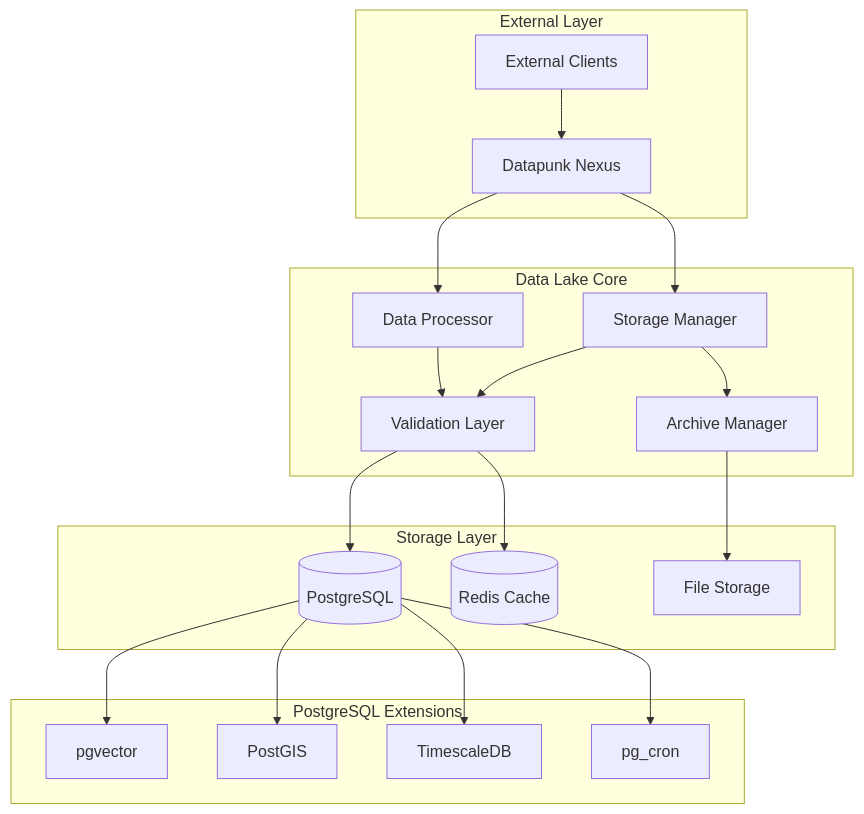
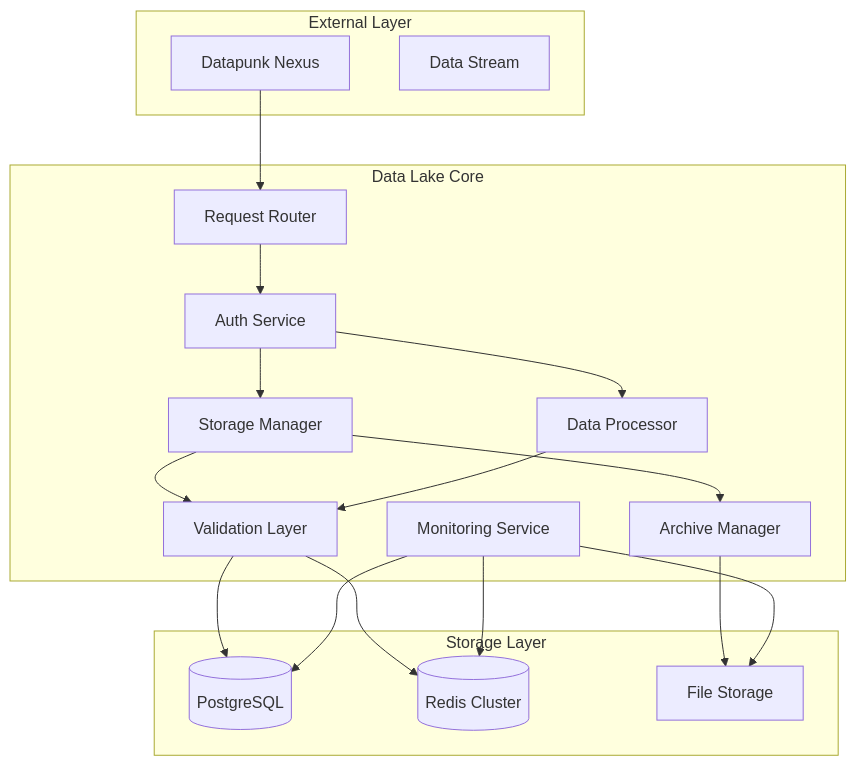
Before and after one commit to Distracted-E421/Project-Datapunk: the diagram in datapunk/docs/MVP/overview/data-lake.md, drawn with Mermaid. The commit also changed other lines of this file, not shown here.

````diff
--- a/datapunk/docs/MVP/overview/data-lake.md
+++ b/datapunk/docs/MVP/overview/data-lake.md
@@ -9,41 +9,32 @@
 ```mermaid
 graph TD
     subgraph "External Layer"
-        Client[External Clients]
         Nexus[Datapunk Nexus]
+        Stream[Data Stream]
     end
 
     subgraph "Data Lake Core"
+        Router[Request Router]
+        Auth[Auth Service]
         Store[Storage Manager]
         Process[Data Processor]
         Valid[Validation Layer]
         Archive[Archive Manager]
+        Monitor[Monitoring Service]
     end
 
     subgraph "Storage Layer"
         PG[(PostgreSQL)]
-        Redis[(Redis Cache)]
+        Redis[(Redis Cluster)]
         FS[File Storage]
     end
 
-    Client --> Nexus
-    Nexus --> Store
-    Nexus --> Process
-    
-    Store --> Valid
-    Process --> Valid
-    Valid --> PG
-    Valid --> Redis
+    Nexus --> Router
+    Router --> Auth
+    Auth --> Store & Process
+    Store & Process --> Valid
+    Valid --> PG & Redis
     Store --> Archive
     Archive --> FS
-
-    %% Extensions
-    subgraph "PostgreSQL Extensions"
-        Vector[pgvector]
-        Spatial[PostGIS]
-        Time[TimescaleDB]
-        Cron[pg_cron]
-    end
-
-    PG --> Vector & Spatial & Time & Cron
+    Monitor --> PG & Redis & FS
 ```
````
